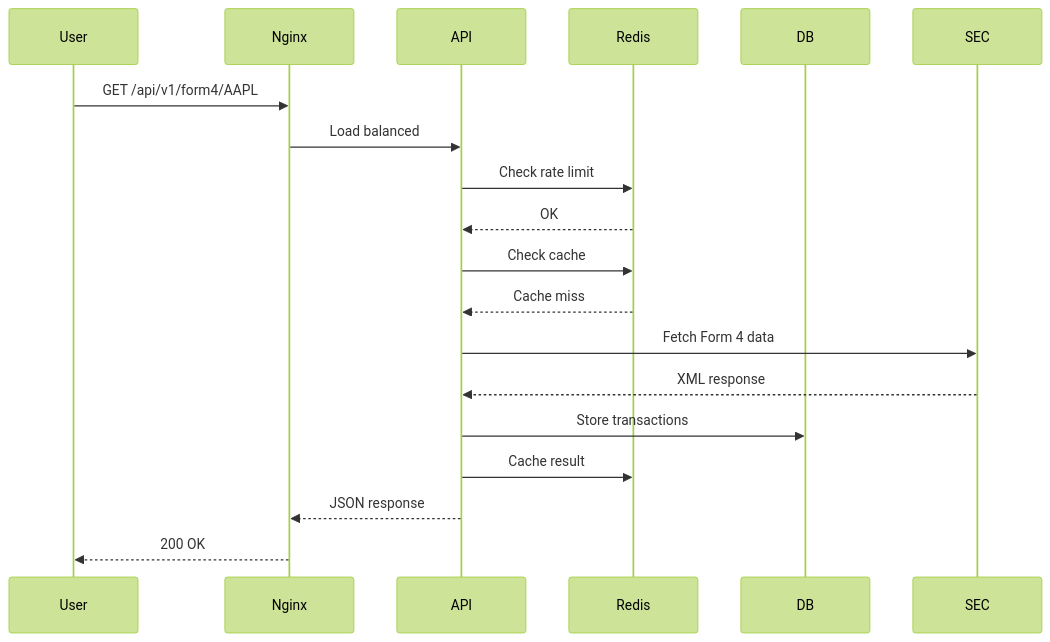
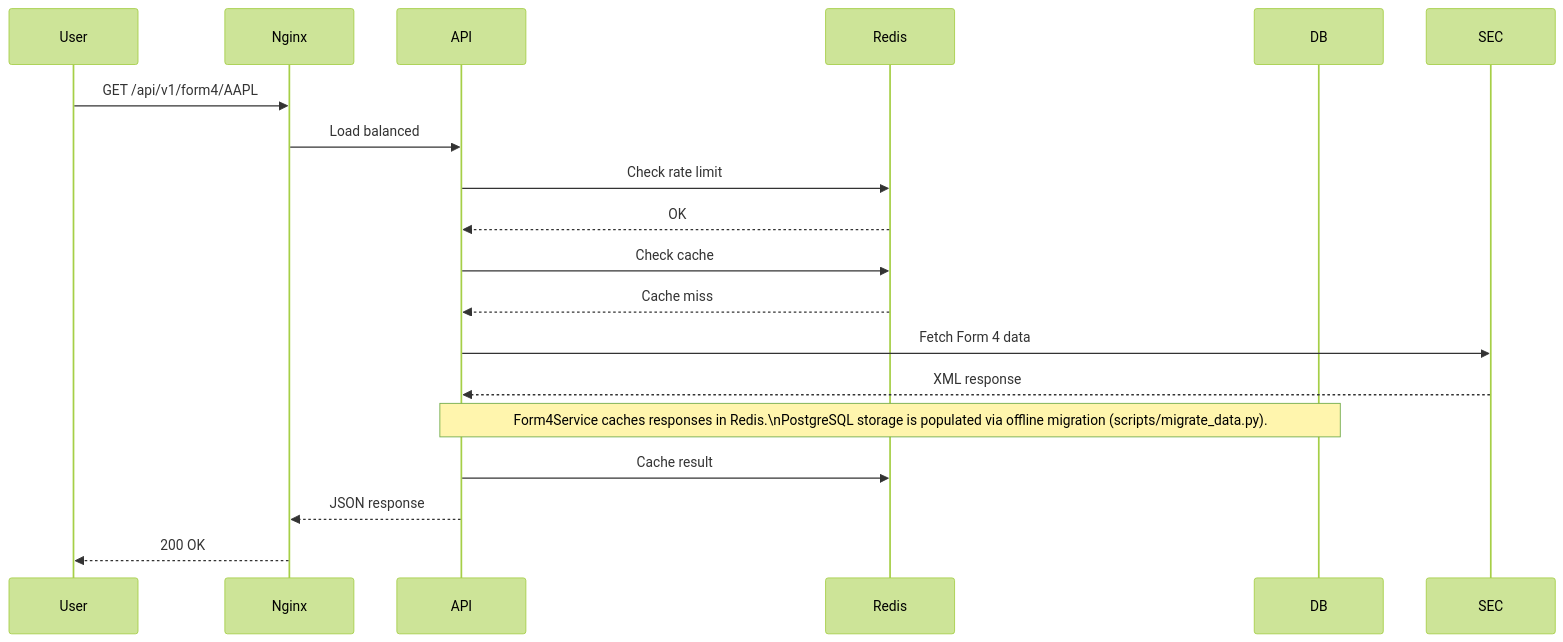
The second of 2 diagrams in FLOW.md (undeemed/SEC-Tracker), drawn with Mermaid (forest theme) before and after one commit. The commit also changed other lines of this file and 59 other files, not shown here.

````diff
--- a/FLOW.md
+++ b/FLOW.md
@@ -52,22 +52,22 @@
 ```mermaid
 sequenceDiagram
     participant User
     participant Nginx
     participant API
     participant Redis
     participant DB
     participant SEC
 
     User->>Nginx: GET /api/v1/form4/AAPL
     Nginx->>API: Load balanced
     API->>Redis: Check rate limit
     Redis-->>API: OK
     API->>Redis: Check cache
     Redis-->>API: Cache miss
     API->>SEC: Fetch Form 4 data
     SEC-->>API: XML response
-    API->>DB: Store transactions
+    Note over API,DB: Form4Service caches responses in Redis.\nPostgreSQL storage is populated via offline migration (scripts/migrate_data.py).
     API->>Redis: Cache result
     API-->>Nginx: JSON response
     Nginx-->>User: 200 OK
 ```
````
